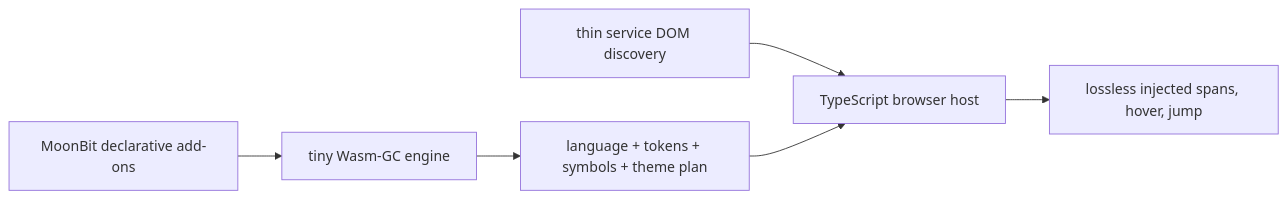
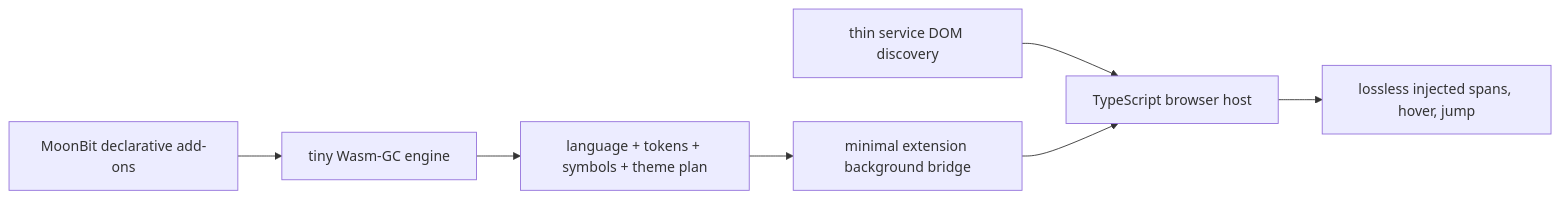
One commit to ubugeeei-prod/web-highlighter changed the diagram in README.md. Above: the diagram before and after it, drawn with Mermaid. The commit also changed other lines of this file and 13 other files, not shown here.

Commit message:
fix(extension): run Wasm in background context (#5)

````diff
--- a/README.md
+++ b/README.md
@@ -100,8 +100,9 @@
 ```mermaid
 flowchart LR
   D["MoonBit declarative add-ons"] --> W["tiny Wasm-GC engine"]
   W --> A["language + tokens + symbols + theme plan"]
+  A --> B["minimal extension background bridge"]
   S["thin service DOM discovery"] --> H["TypeScript browser host"]
-  A --> H
+  B --> H
   H --> P["lossless injected spans, hover, jump"]
 ```
````
